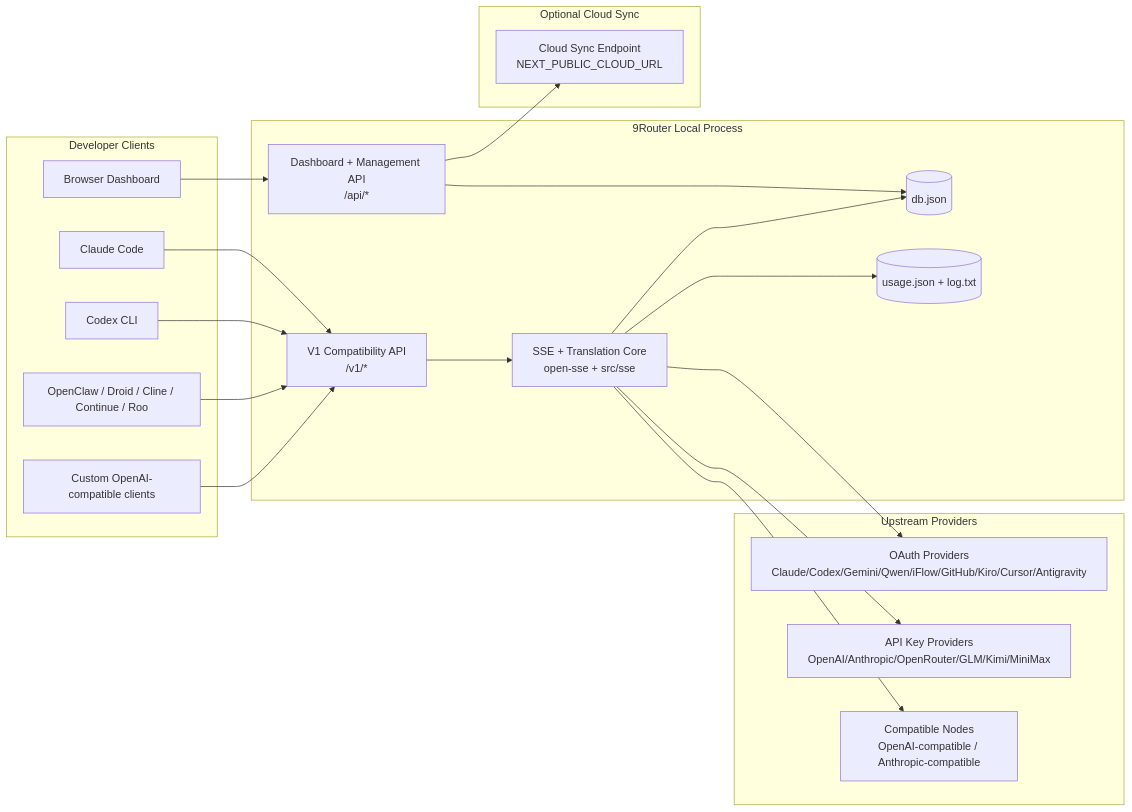
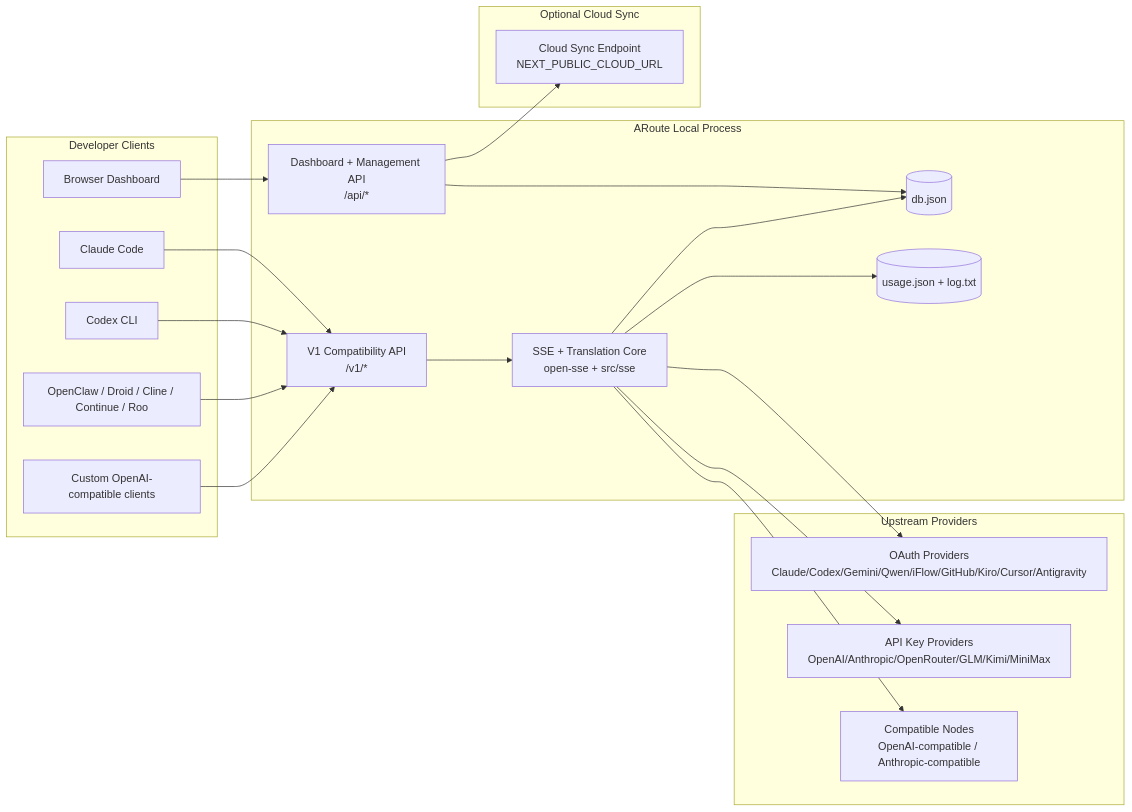
Before and after one commit to dhasap/aroute: the first of 7 diagrams in docs/ARCHITECTURE.md, drawn with Mermaid. The commit also changed other lines of this file and 365 other files, not shown here.

Commit message:
refactor: rename 9router -> aroute across code, docs, assets

````diff
--- a/docs/ARCHITECTURE.md
+++ b/docs/ARCHITECTURE.md
@@ -45,45 +45,45 @@
 ```mermaid
 flowchart LR
     subgraph Clients[Developer Clients]
         C1[Claude Code]
         C2[Codex CLI]
         C3[OpenClaw / Droid / Cline / Continue / Roo]
         C4[Custom OpenAI-compatible clients]
         BROWSER[Browser Dashboard]
     end
 
-    subgraph Router[9Router Local Process]
+    subgraph Router[ARoute Local Process]
         API[V1 Compatibility API\n/v1/*]
         DASH[Dashboard + Management API\n/api/*]
         CORE[SSE + Translation Core\nopen-sse + src/sse]
         DB[(db.json)]
         UDB[(usage.json + log.txt)]
     end
 
     subgraph Upstreams[Upstream Providers]
         P1[OAuth Providers\nClaude/Codex/Gemini/Qwen/iFlow/GitHub/Kiro/Cursor/Antigravity]
         P2[API Key Providers\nOpenAI/Anthropic/OpenRouter/GLM/Kimi/MiniMax]
         P3[Compatible Nodes\nOpenAI-compatible / Anthropic-compatible]
     end
 
     subgraph Cloud[Optional Cloud Sync]
         CLOUD[Cloud Sync Endpoint\nNEXT_PUBLIC_CLOUD_URL]
     end
 
     C1 --> API
     C2 --> API
     C3 --> API
     C4 --> API
     BROWSER --> DASH
 
     API --> CORE
     DASH --> DB
     CORE --> DB
     CORE --> UDB
 
     CORE --> P1
     CORE --> P2
     CORE --> P3
 
     DASH --> CLOUD
 ```
````
